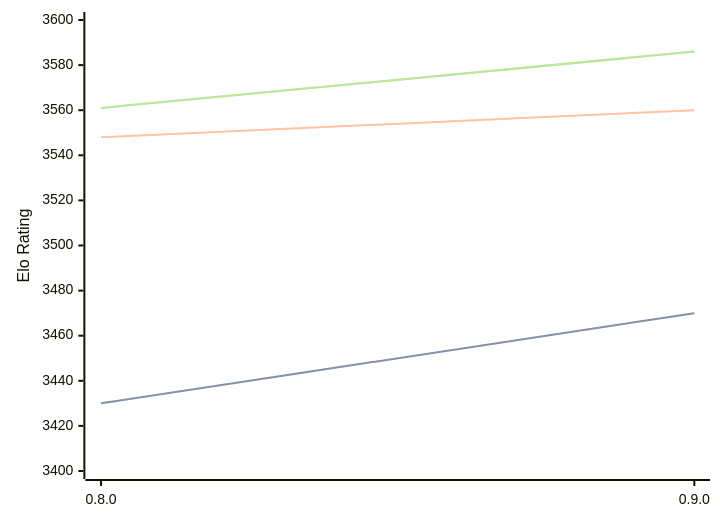
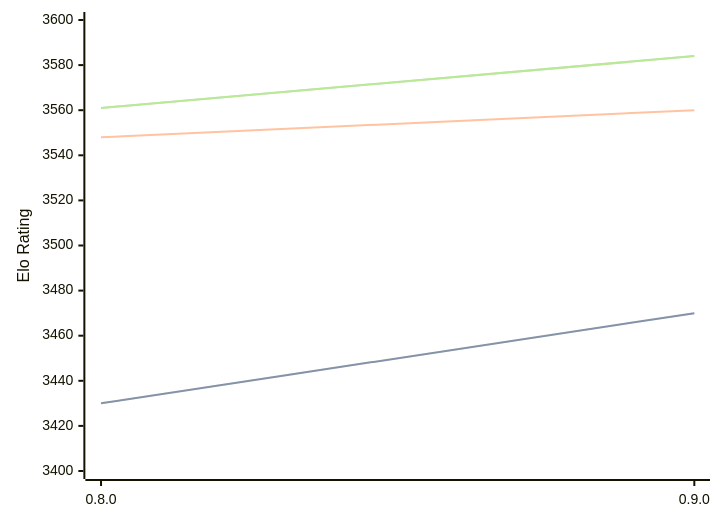
Before and after one commit to computer-chess-index/cci: the third of 3 diagrams in engines/Reckless.md, drawn with Mermaid. The commit also changed other lines of this file, not shown here.

Commit message:
Update CCI Ratings (ELO VLTC) - 2026-07-04

````diff
--- a/engines/Reckless.md
+++ b/engines/Reckless.md
@@ -72,11 +72,11 @@
 ```mermaid
 %%{init: {"theme":"base","themeVariables":{"seriesColors:['#a3a3a3','#222221','#faa371']}}}%%
 xychart-beta
   x-axis ["0.8.0", "0.9.0"]
   y-axis "Elo Rating" 3400 --> 3600
   line "STC (8.0+0.08s)" [3430, 3470]
   line "STC (8.0+0.08s)" [3430, 3470]
   line "LTC (60.0+0.60s)" [3548, 3560]
-  line "VLTC (2m24s+1.12s)" [3561, 3586]
-  line "VLTC (2m24s+1.12s)" [3561, 3586]
+  line "VLTC (2m24s+1.12s)" [3561, 3584]
+  line "VLTC (2m24s+1.12s)" [3561, 3584]
 ```
````
